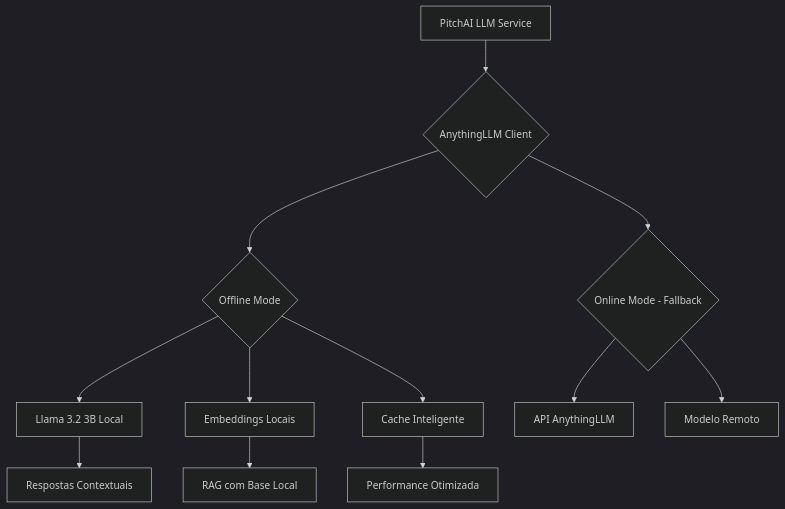
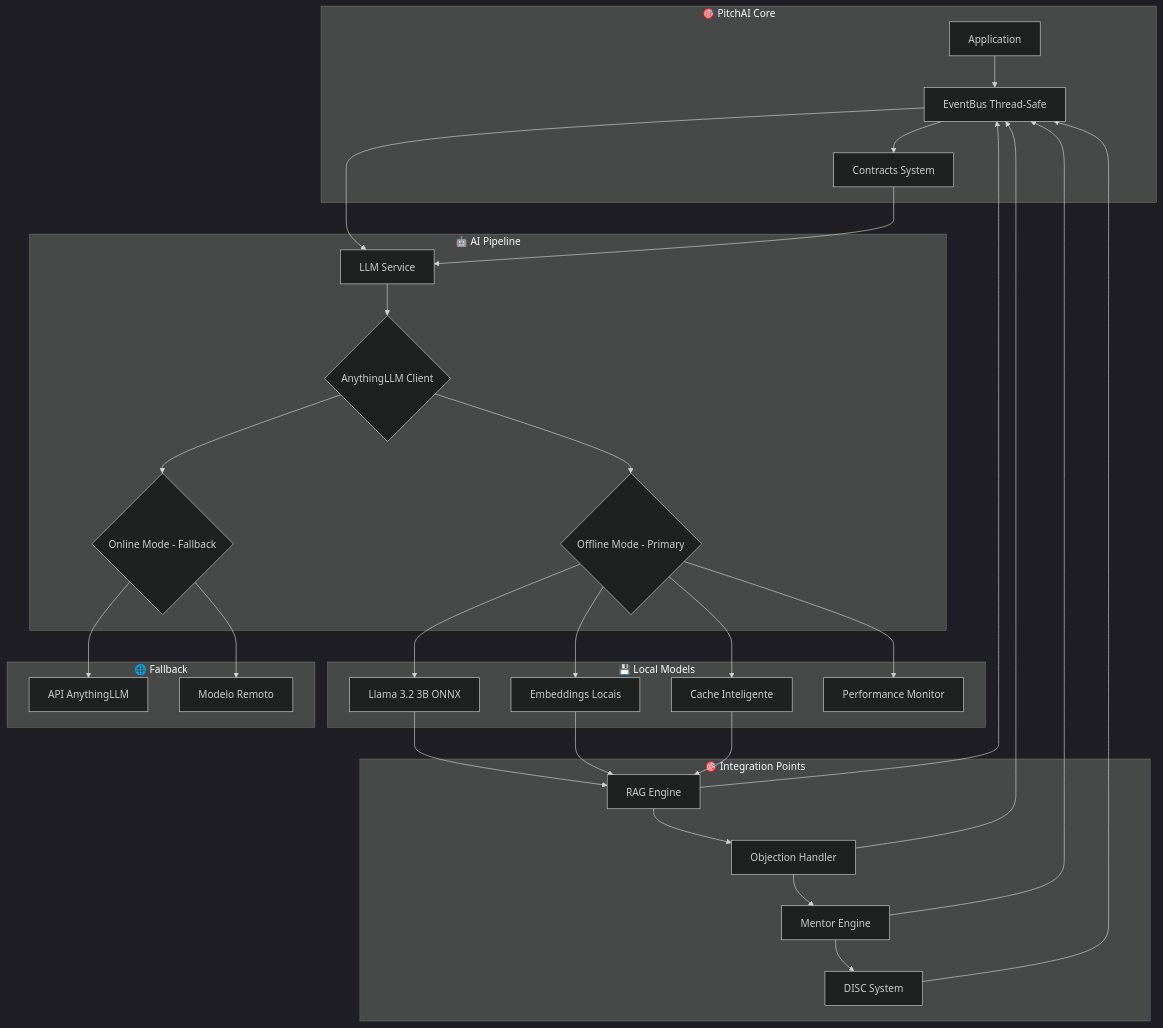
Before and after one commit to EduardoFdeM/PitchAI: the diagram in docs/anythingllm_integration.md, drawn with Mermaid (dark theme). The commit also changed other lines of this file and 10 other files, not shown here.

````diff
--- a/docs/anythingllm_integration.md
+++ b/docs/anythingllm_integration.md
@@ -18,17 +22,41 @@
 ```mermaid
 graph TD
-    A[PitchAI LLM Service] --> B{AnythingLLM Client}
-    B --> C{Offline Mode}
-    B --> D{Online Mode - Fallback}
+    subgraph "🎯 PitchAI Core"
+        A[Application] --> B[EventBus Thread-Safe]
+        B --> C[Contracts System]
+    end
 
-    C --> E[Llama 3.2 3B Local]
-    C --> F[Embeddings Locais]
-    C --> G[Cache Inteligente]
+    subgraph "🤖 AI Pipeline"
+        D[LLM Service] --> E{AnythingLLM Client}
+        E --> F{Offline Mode - Primary}
+        E --> G{Online Mode - Fallback}
+    end
 
-    D --> H[API AnythingLLM]
-    D --> I[Modelo Remoto]
+    subgraph "💾 Local Models"
+        F --> H[Llama 3.2 3B ONNX]
+        F --> I[Embeddings Locais]
+        F --> J[Cache Inteligente]
+        F --> K[Performance Monitor]
+    end
 
-    E --> J[Respostas Contextuais]
-    F --> K[RAG com Base Local]
-    G --> L[Performance Otimizada]
+    subgraph "🌐 Fallback"
+        G --> L[API AnythingLLM]
+        G --> M[Modelo Remoto]
+    end
+
+    subgraph "🎯 Integration Points"
+        H --> N[RAG Engine]
+        I --> N
+        J --> N
+        N --> O[Objection Handler]
+        O --> P[Mentor Engine]
+        P --> Q[DISC System]
+    end
+
+    B --> D
+    C --> D
+    N --> B
+    O --> B
+    P --> B
+    Q --> B
 ```
````
